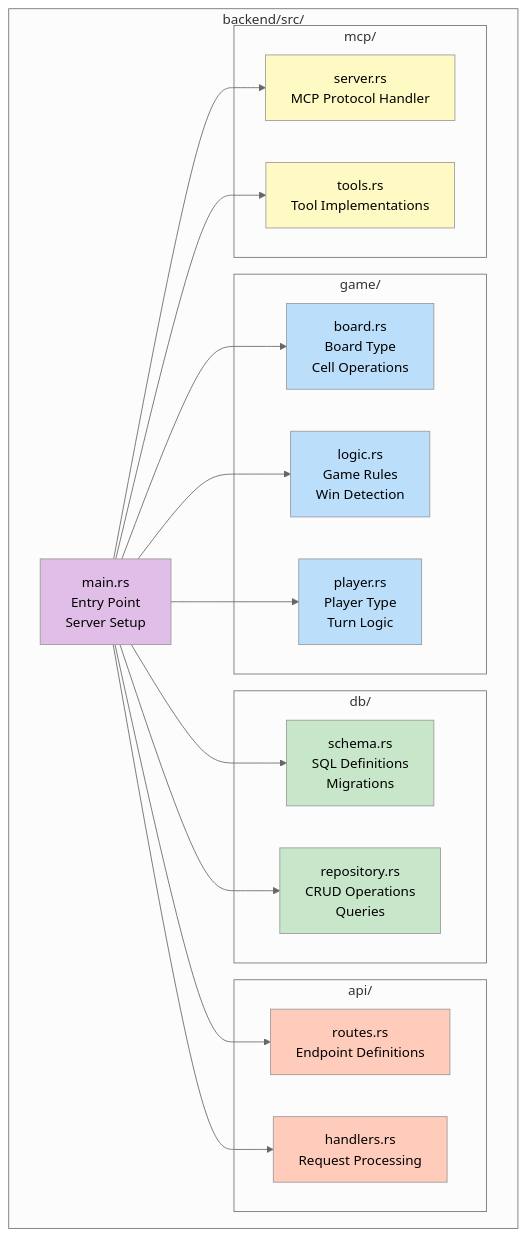
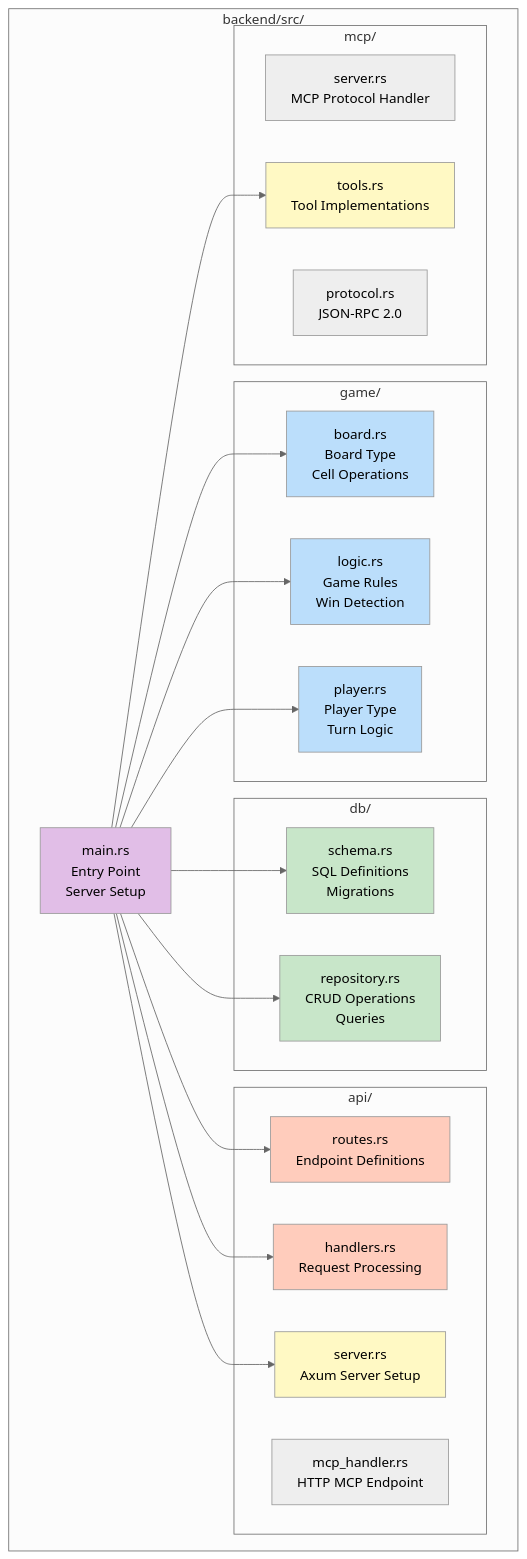
The first of 5 diagrams in wiki/Backend-Architecture.md (softwarewrighter/game-mcp-poc), drawn with Mermaid (neutral theme) before and after one commit. The commit also changed other lines of this file and 33 other files, not shown here.

````diff
--- a/wiki/Backend-Architecture.md
+++ b/wiki/Backend-Architecture.md
@@ -10,48 +13,51 @@
 ```mermaid
 graph TB
     subgraph "backend/src/"
         Main[main.rs<br/>Entry Point<br/>Server Setup]
 
         subgraph "game/"
             Board[board.rs<br/>Board Type<br/>Cell Operations]
             Logic[logic.rs<br/>Game Rules<br/>Win Detection]
             Player[player.rs<br/>Player Type<br/>Turn Logic]
         end
 
         subgraph "db/"
             Schema[schema.rs<br/>SQL Definitions<br/>Migrations]
             Repo[repository.rs<br/>CRUD Operations<br/>Queries]
         end
 
         subgraph "api/"
             Routes[routes.rs<br/>Endpoint Definitions]
             Handlers[handlers.rs<br/>Request Processing]
+            McpHandler[mcp_handler.rs<br/>HTTP MCP Endpoint]
+            Server[server.rs<br/>Axum Server Setup]
         end
 
         subgraph "mcp/"
-            Server[server.rs<br/>MCP Protocol Handler]
+            McpServer[server.rs<br/>MCP Protocol Handler]
             Tools[tools.rs<br/>Tool Implementations]
+            Protocol[protocol.rs<br/>JSON-RPC 2.0]
         end
 
         Main --> Board
         Main --> Logic
         Main --> Player
         Main --> Schema
         Main --> Repo
         Main --> Routes
         Main --> Handlers
         Main --> Server
         Main --> Tools
     end
 
     style Main fill:#e1bee7
     style Board fill:#bbdefb
     style Logic fill:#bbdefb
     style Player fill:#bbdefb
     style Schema fill:#c8e6c9
     style Repo fill:#c8e6c9
     style Routes fill:#ffccbc
     style Handlers fill:#ffccbc
     style Server fill:#fff9c4
     style Tools fill:#fff9c4
 ```
````
